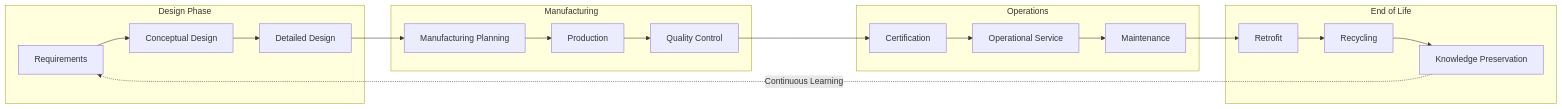
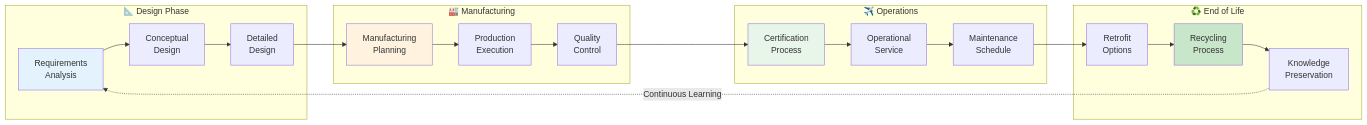
Before and after one commit to Robbbo-T/Robbbo-T: diagram 19 of 33 in README.md, drawn with Mermaid. The commit also changed other lines of this file, not shown here.

````diff
--- a/README.md
+++ b/README.md
@@ -1219,39 +1826,44 @@
 ```mermaid
 graph LR
-    subgraph "Design Phase"
-        RQ[Requirements]
-        CD[Conceptual Design]
-        DD[Detailed Design]
+    subgraph "📐 Design Phase"
+        RQ[Requirements<br/>Analysis]
+        CD[Conceptual<br/>Design]
+        DD[Detailed<br/>Design]
     end
     
-    subgraph "Manufacturing"
-        MP[Manufacturing Planning]
-        PR[Production]
-        QC[Quality Control]
+    subgraph "🏭 Manufacturing"
+        MP[Manufacturing<br/>Planning]
+        PR[Production<br/>Execution]
+        QC[Quality<br/>Control]
     end
     
-    subgraph "Operations"
-        CE[Certification]
-        OP[Operational Service]
-        MN[Maintenance]
+    subgraph "✈️ Operations"
+        CE[Certification<br/>Process]
+        OP[Operational<br/>Service]
+        MN[Maintenance<br/>Schedule]
     end
     
-    subgraph "End of Life"
-        RT[Retrofit]
-        RC[Recycling]
-        KP[Knowledge Preservation]
+    subgraph "♻️ End of Life"
+        RT[Retrofit<br/>Options]
+        RC[Recycling<br/>Process]
+        KP[Knowledge<br/>Preservation]
     end
     
     RQ --> CD
     CD --> DD
     DD --> MP
     MP --> PR
     PR --> QC
     QC --> CE
     CE --> OP
     OP --> MN
     MN --> RT
     RT --> RC
     RC --> KP
     KP -.->|Continuous Learning| RQ
+    
+    style RQ fill:#e3f2fd
+    style MP fill:#fff3e0
+    style CE fill:#e8f5e9
+    style RC fill:#c8e6c9
 ```
````
